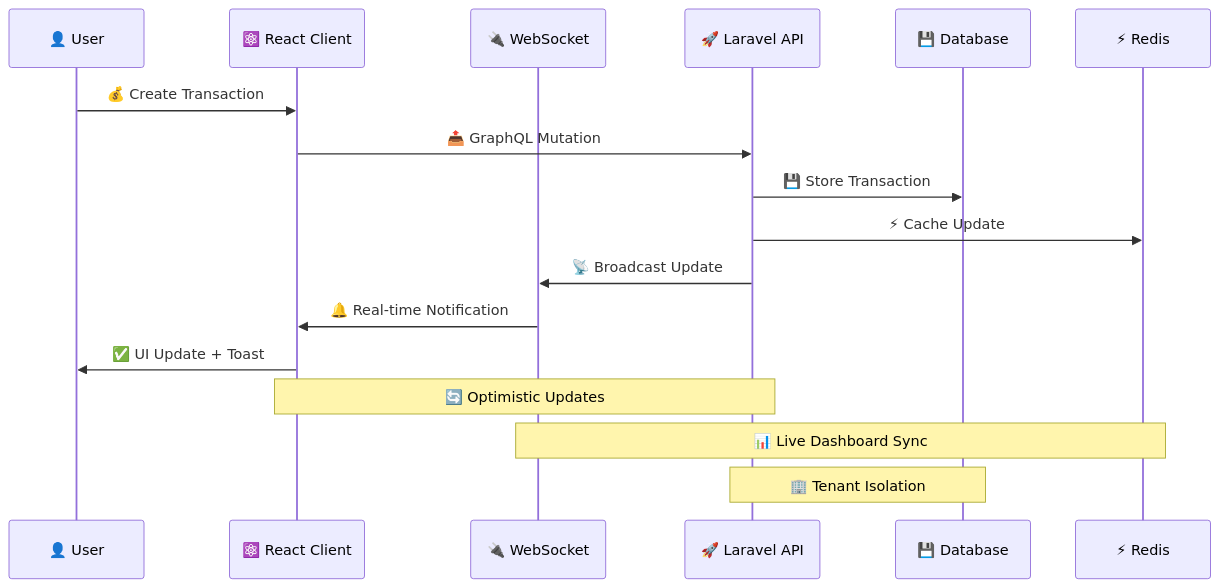
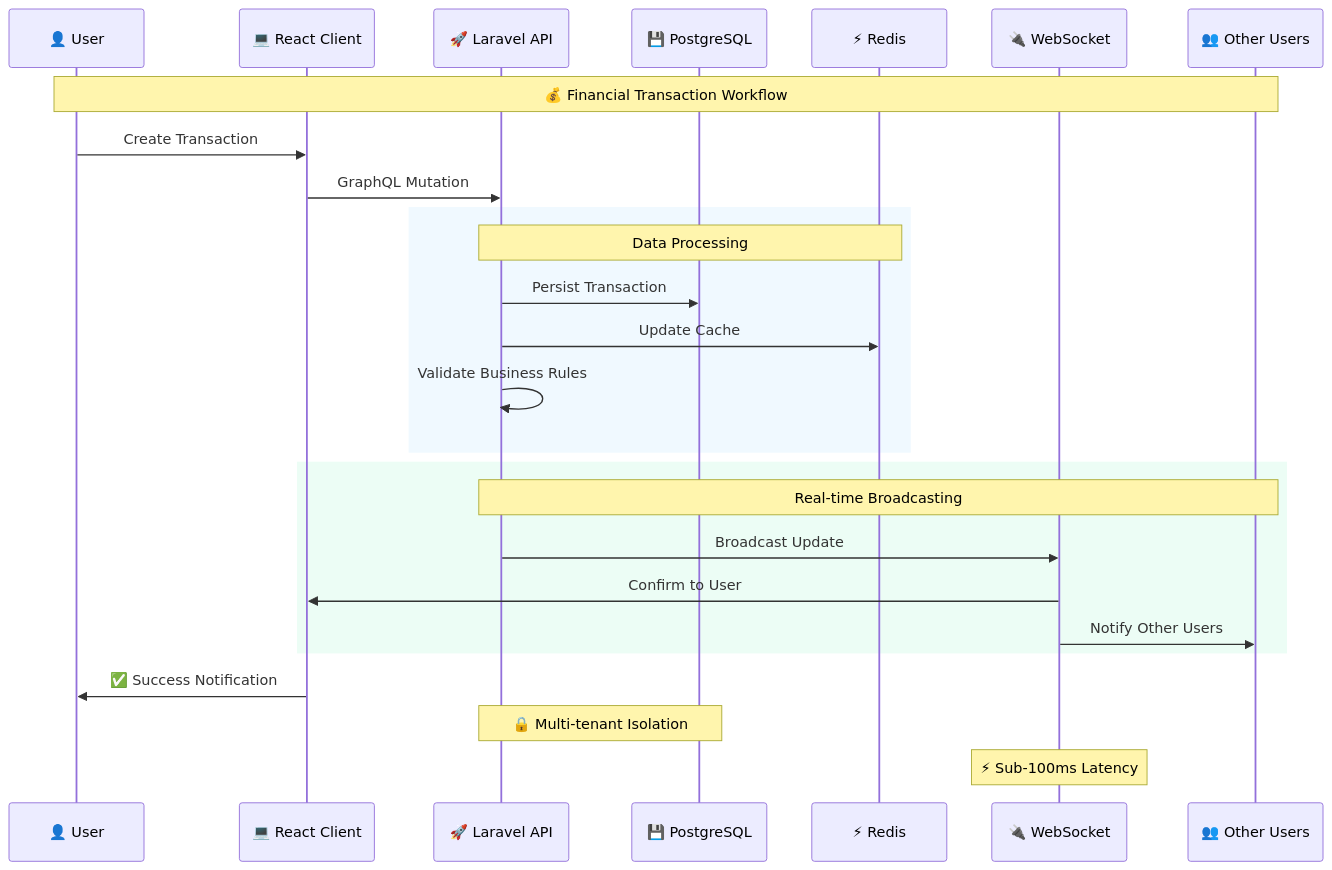
One commit to abdoElHodaky/larvaccountplatfo changed the fifth of 6 diagrams in README.md. Above: the diagram before and after it, drawn with Mermaid. The commit also changed other lines of this file and 2 other files, not shown here.

````diff
--- a/README.md
+++ b/README.md
@@ -228,21 +297,34 @@
 ```mermaid
 sequenceDiagram
     participant U as 👤 User
-    participant C as ⚛️ React Client
-    participant W as 🔌 WebSocket
-    participant A as 🚀 Laravel API
-    participant D as 💾 Database
-    participant R as ⚡ Redis
+    participant C as 💻 React Client
+    participant API as 🚀 Laravel API
+    participant DB as 💾 PostgreSQL
+    participant Cache as ⚡ Redis
+    participant WS as 🔌 WebSocket
+    participant U2 as 👥 Other Users
     
-    U->>C: 💰 Create Transaction
-    C->>A: 📤 GraphQL Mutation
-    A->>D: 💾 Store Transaction
-    A->>R: ⚡ Cache Update
-    A->>W: 📡 Broadcast Update
-    W->>C: 🔔 Real-time Notification
-    C->>U: ✅ UI Update + Toast
+    Note over U,U2: 💰 Financial Transaction Workflow
     
-    Note over C,A: 🔄 Optimistic Updates
-    Note over W,R: 📊 Live Dashboard Sync
-    Note over A,D: 🏢 Tenant Isolation
+    U->>C: Create Transaction
+    C->>API: GraphQL Mutation
+    
+    rect rgb(240, 249, 255)
+        Note over API,Cache: Data Processing
+        API->>DB: Persist Transaction
+        API->>Cache: Update Cache
+        API->>API: Validate Business Rules
+    end
+    
+    rect rgb(236, 253, 245)
+        Note over API,U2: Real-time Broadcasting
+        API->>WS: Broadcast Update
+        WS->>C: Confirm to User
+        WS->>U2: Notify Other Users
+    end
+    
+    C->>U: ✅ Success Notification
+    
+    Note over API,DB: 🔒 Multi-tenant Isolation
+    Note over WS: ⚡ Sub-100ms Latency
 ```
````
